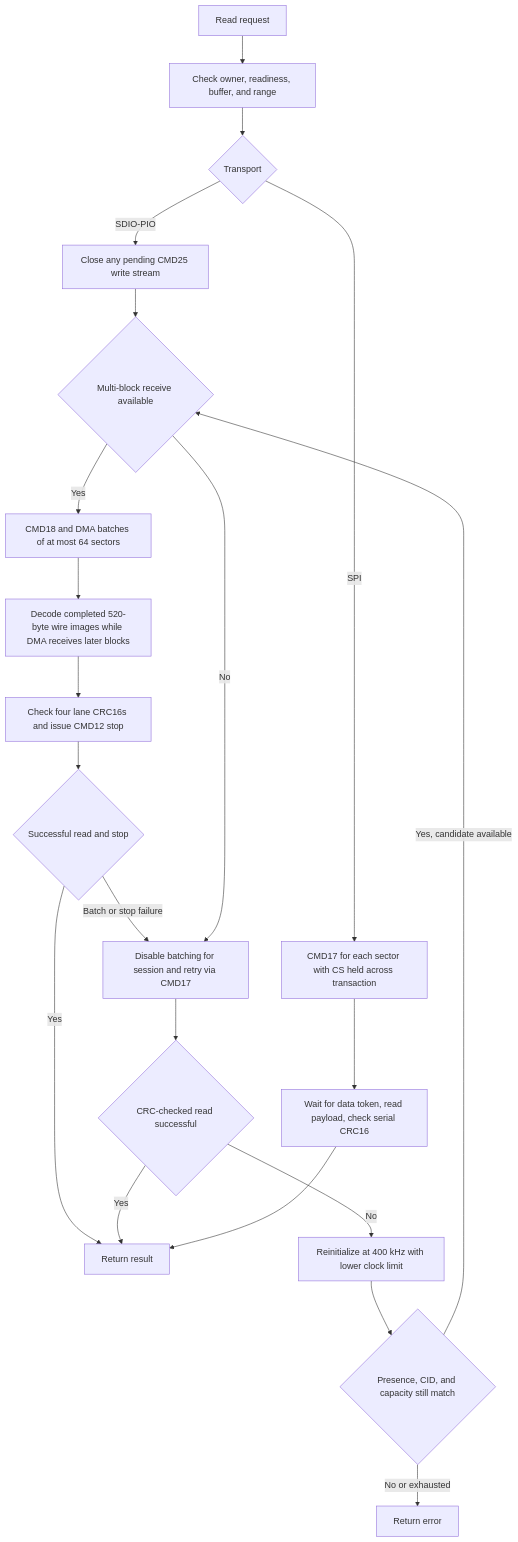
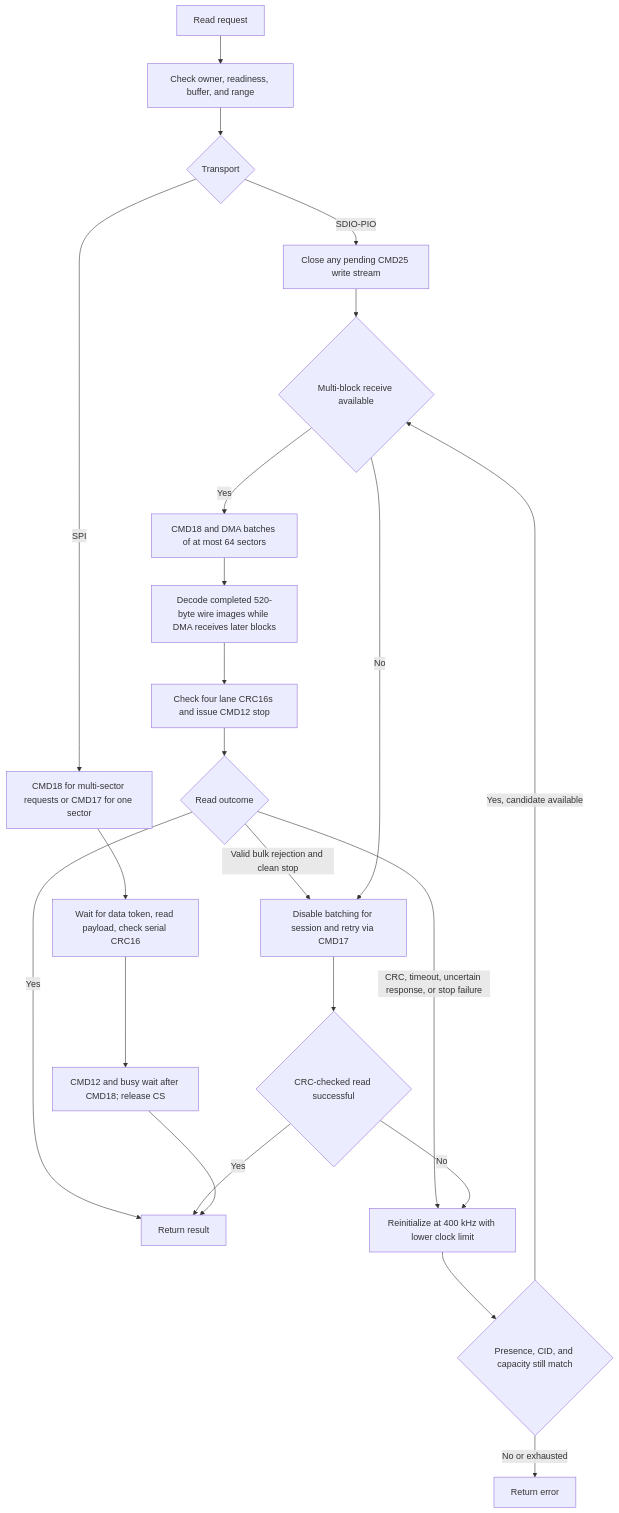
One commit to djwinter29-oss/PicoForge changed the third of 5 diagrams in docs/sdcard-design.md. Above: the diagram before and after it, drawn with Mermaid. The commit also changed other lines of this file and 11 other files, not shown here.

````diff
--- a/docs/sdcard-design.md
+++ b/docs/sdcard-design.md
@@ -184,23 +185,25 @@
 ```mermaid
 flowchart TD
     Request[Read request] --> Check[Check owner, readiness, buffer, and range]
     Check --> Mode{Transport}
     Mode -->|SDIO-PIO| Close[Close any pending CMD25 write stream]
     Close --> Batch{Multi-block receive available}
     Batch -->|Yes| CMD18[CMD18 and DMA batches of at most 64 sectors]
     CMD18 --> Decode[Decode completed 520-byte wire images while DMA receives later blocks]
     Decode --> CRC[Check four lane CRC16s and issue CMD12 stop]
-    CRC --> NativeOK{Successful read and stop}
+    CRC --> NativeOK{Read outcome}
     NativeOK -->|Yes| Done[Return result]
-    NativeOK -->|Batch or stop failure| Single[Disable batching for session and retry via CMD17]
+    NativeOK -->|Valid bulk rejection and clean stop| Single[Disable batching for session and retry via CMD17]
+    NativeOK -->|CRC, timeout, uncertain response, or stop failure| Recover[Reinitialize at 400 kHz with lower clock limit]
     Batch -->|No| Single
     Single --> Retry{CRC-checked read successful}
     Retry -->|Yes| Done
-    Retry -->|No| Recover[Reinitialize at 400 kHz with lower clock limit]
+    Retry -->|No| Recover
     Recover --> Identity{Presence, CID, and capacity still match}
     Identity -->|Yes, candidate available| Batch
     Identity -->|No or exhausted| Error[Return error]
-    Mode -->|SPI| SPIRead[CMD17 for each sector with CS held across transaction]
+    Mode -->|SPI| SPIRead[CMD18 for multi-sector requests or CMD17 for one sector]
     SPIRead --> SPICRC[Wait for data token, read payload, check serial CRC16]
-    SPICRC --> Done
+    SPICRC --> SPIStop[CMD12 and busy wait after CMD18; release CS]
+    SPIStop --> Done
 ```
````
